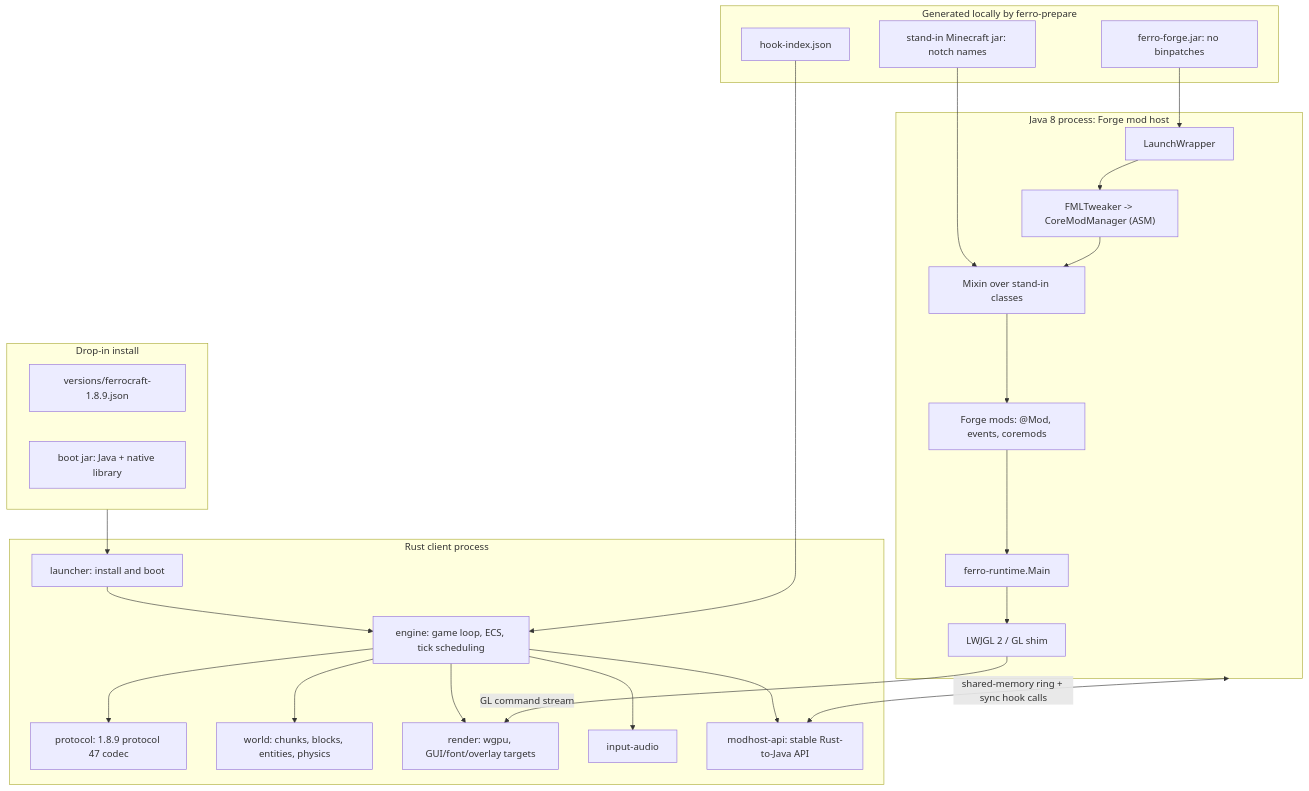
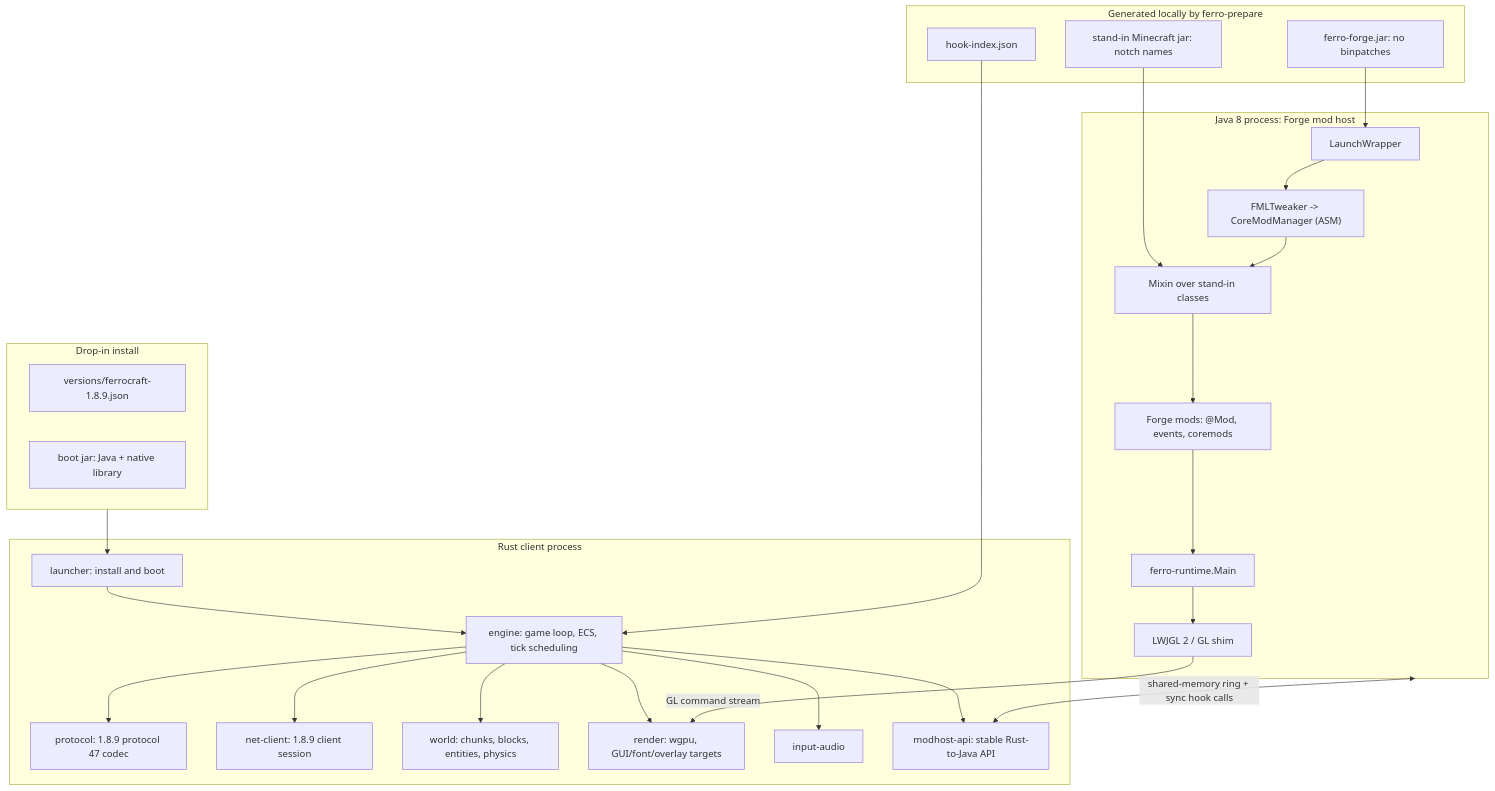
Before and after one commit to i098/ferrocraft: the diagram in docs/architecture.mmd, drawn with Mermaid. The commit also changed 5 other files, not shown here.

Commit message:
no-mistakes(document): Add net-client to docs; add input-audio README

```diff
--- a/docs/architecture.mmd
+++ b/docs/architecture.mmd
@@ -1,44 +1,46 @@
 flowchart TB
     subgraph IN["Drop-in install"]
         VJ["versions/ferrocraft-1.8.9.json"]
         BJ["boot jar: Java + native library"]
     end
     subgraph R["Rust client process"]
         L["launcher: install and boot"]
         E["engine: game loop, ECS, tick scheduling"]
         P["protocol: 1.8.9 protocol 47 codec"]
+        N["net-client: 1.8.9 client session"]
         W["world: chunks, blocks, entities, physics"]
         D["render: wgpu, GUI/font/overlay targets"]
         I["input-audio"]
         M["modhost-api: stable Rust-to-Java API"]
     end
     subgraph J["Java 8 process: Forge mod host"]
         LW["LaunchWrapper"]
         FM["FMLTweaker -> CoreModManager (ASM)"]
         MX["Mixin over stand-in classes"]
         MO["Forge mods: @Mod, events, coremods"]
         SH["LWJGL 2 / GL shim"]
         MN["ferro-runtime.Main"]
     end
     subgraph X["Generated locally by ferro-prepare"]
         SI["stand-in Minecraft jar: notch names"]
         FJ["ferro-forge.jar: no binpatches"]
         HI["hook-index.json"]
     end
     IN --> L
     L --> E
     E --> P
+    E --> N
     E --> W
     E --> D
     E --> I
     E --> M
     J <-->|"shared-memory ring + sync hook calls"| M
     SH -->|"GL command stream"| D
     SI --> MX
     FJ --> LW
     HI --> E
     LW --> FM
     FM --> MX
     MX --> MO
     MO --> MN
     MN --> SH
```
